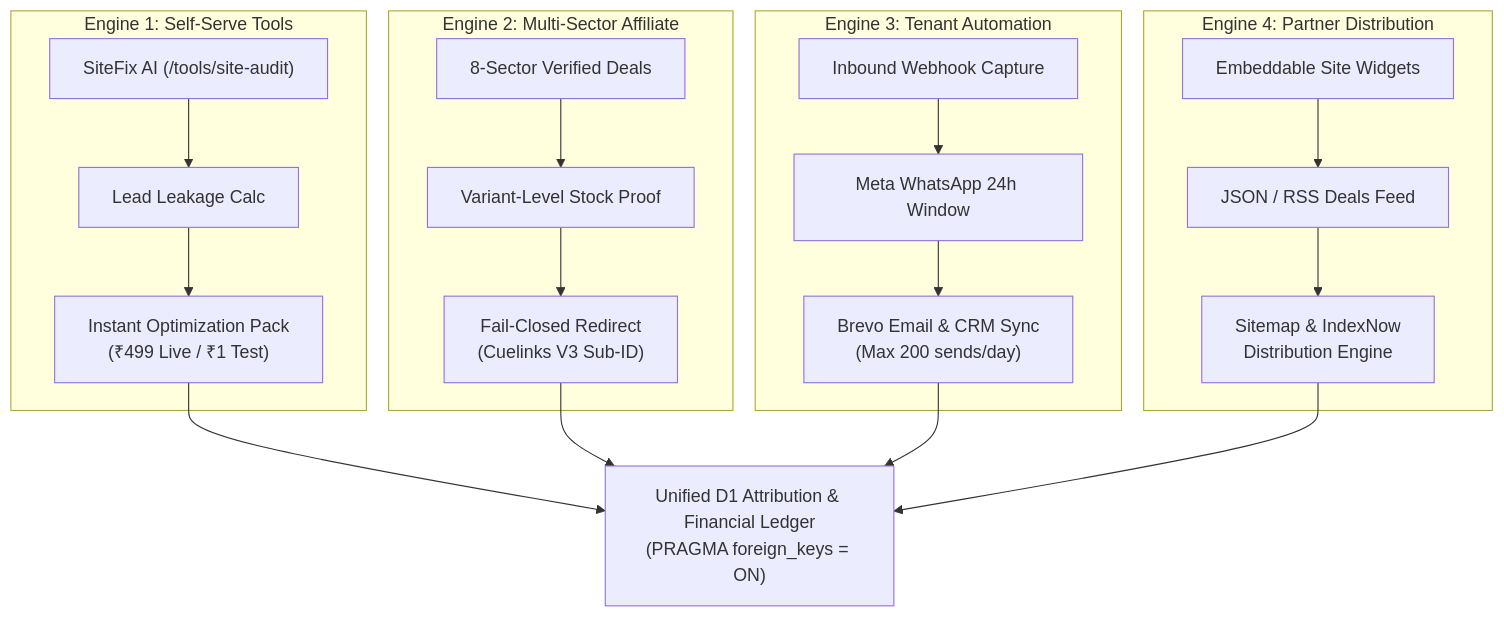
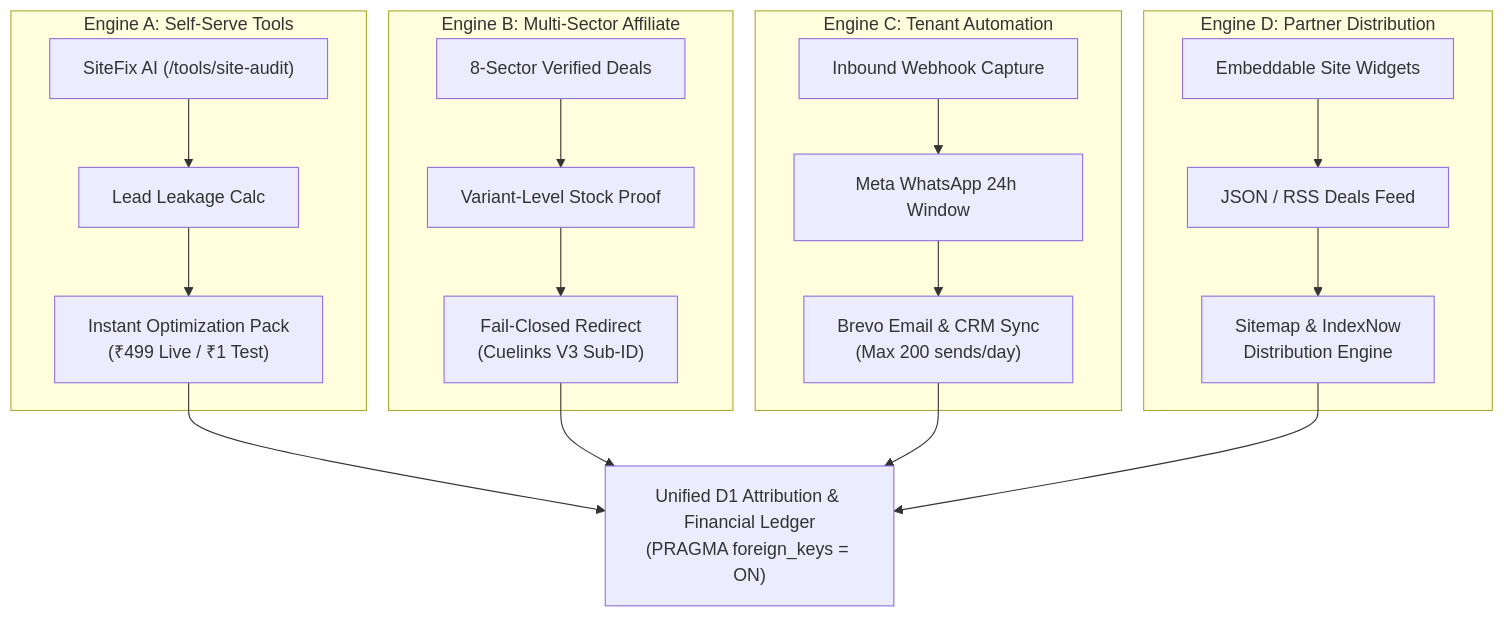
One commit to harshavardhankotu/ai-marketing-organization changed the diagram in GLOBAL_AUTONOMY_BRAIN.md. Above: the diagram before and after it, drawn with Mermaid. The commit also changed other lines of this file and 14 other files, not shown here.

First line of the commit message:
feat(v5.4): autonomous multi-sector revenue intelligence & execution engine (#39)

````diff
--- a/GLOBAL_AUTONOMY_BRAIN.md
+++ b/GLOBAL_AUTONOMY_BRAIN.md
@@ -44,27 +57,27 @@
 ```mermaid
 flowchart TD
-    subgraph Engine1["Engine 1: Self-Serve Tools"]
-        E1A["SiteFix AI (/tools/site-audit)"] --> E1B["Lead Leakage Calc"]
-        E1B --> E1C["Instant Optimization Pack<br/>(₹499 Live / ₹1 Test)"]
+    subgraph EngineA["Engine A: Self-Serve Tools"]
+        EA1["SiteFix AI (/tools/site-audit)"] --> EA2["Lead Leakage Calc"]
+        EA2 --> EA3["Instant Optimization Pack<br/>(₹499 Live / ₹1 Test)"]
     end
 
-    subgraph Engine2["Engine 2: Multi-Sector Affiliate"]
-        E2A["8-Sector Verified Deals"] --> E2B["Variant-Level Stock Proof"]
-        E2B --> E2C["Fail-Closed Redirect<br/>(Cuelinks V3 Sub-ID)"]
+    subgraph EngineB["Engine B: Multi-Sector Affiliate"]
+        EB1["8-Sector Verified Deals"] --> EB2["Variant-Level Stock Proof"]
+        EB2 --> EB3["Fail-Closed Redirect<br/>(Cuelinks V3 Sub-ID)"]
     end
 
-    subgraph Engine3["Engine 3: Tenant Automation"]
-        E3A["Inbound Webhook Capture"] --> E3B["Meta WhatsApp 24h Window"]
-        E3B --> E3C["Brevo Email & CRM Sync<br/>(Max 200 sends/day)"]
+    subgraph EngineC["Engine C: Tenant Automation"]
+        EC1["Inbound Webhook Capture"] --> EC2["Meta WhatsApp 24h Window"]
+        EC2 --> EC3["Brevo Email & CRM Sync<br/>(Max 200 sends/day)"]
     end
 
-    subgraph Engine4["Engine 4: Partner Distribution"]
-        E4A["Embeddable Site Widgets"] --> E4B["JSON / RSS Deals Feed"]
-        E4B --> E4C["Sitemap & IndexNow<br/>Distribution Engine"]
+    subgraph EngineD["Engine D: Partner Distribution"]
+        ED1["Embeddable Site Widgets"] --> ED2["JSON / RSS Deals Feed"]
+        ED2 --> ED3["Sitemap & IndexNow<br/>Distribution Engine"]
     end
 
-    E1C --> D1["Unified D1 Attribution & Financial Ledger<br/>(PRAGMA foreign_keys = ON)"]
-    E2C --> D1
-    E3C --> D1
-    E4C --> D1
+    EA3 --> D1["Unified D1 Attribution & Financial Ledger<br/>(PRAGMA foreign_keys = ON)"]
+    EB3 --> D1
+    EC3 --> D1
+    ED3 --> D1
 ```
````
